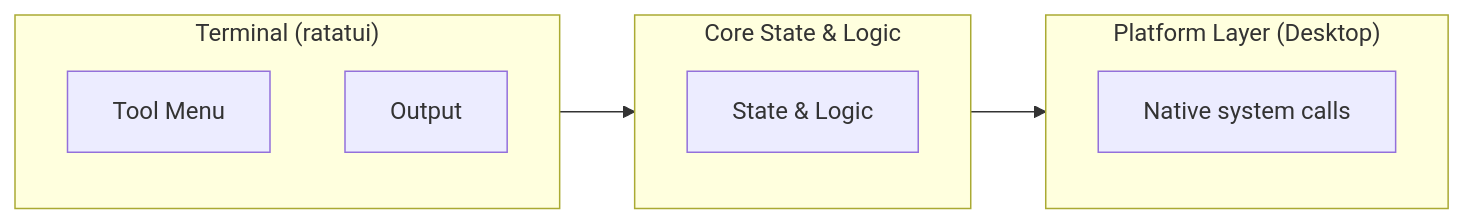
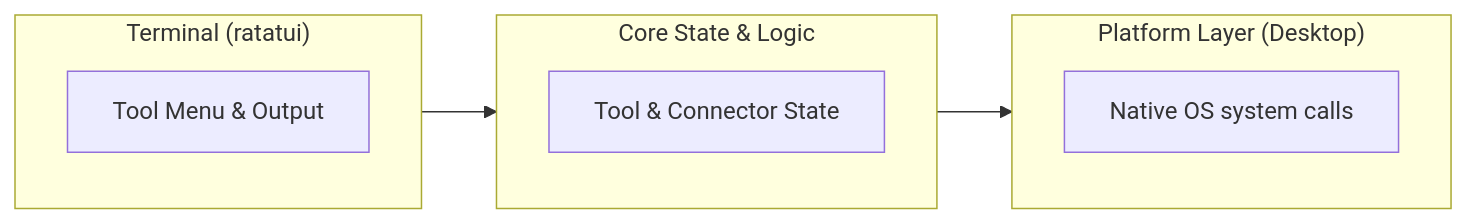
Before and after one commit to Strike48-public/strike48-labs: the fifth of 7 diagrams in src/content/docs/pick/architecture.mdx, drawn with Mermaid. The commit also changed other lines of this file, not shown here.

First line of the commit message:
Fix mermaid subgraph label overflow on Pick architecture page

````diff
--- a/src/content/docs/pick/architecture.mdx
+++ b/src/content/docs/pick/architecture.mdx
@@ -255,14 +252,13 @@
 ```mermaid
 flowchart LR
     subgraph Terminal ["Terminal (ratatui)"]
-        TM["Tool Menu"]
-        OP["Output"]
+        TM["Tool Menu & Output"]
     end
     subgraph Core ["Core State & Logic"]
-        CS["State & Logic"]
+        CS["Tool & Connector State"]
     end
     subgraph Platform ["Platform Layer (Desktop)"]
-        PL["Native system calls"]
+        PL["Native OS system calls"]
     end
     Terminal --> Core --> Platform
 ```
````
